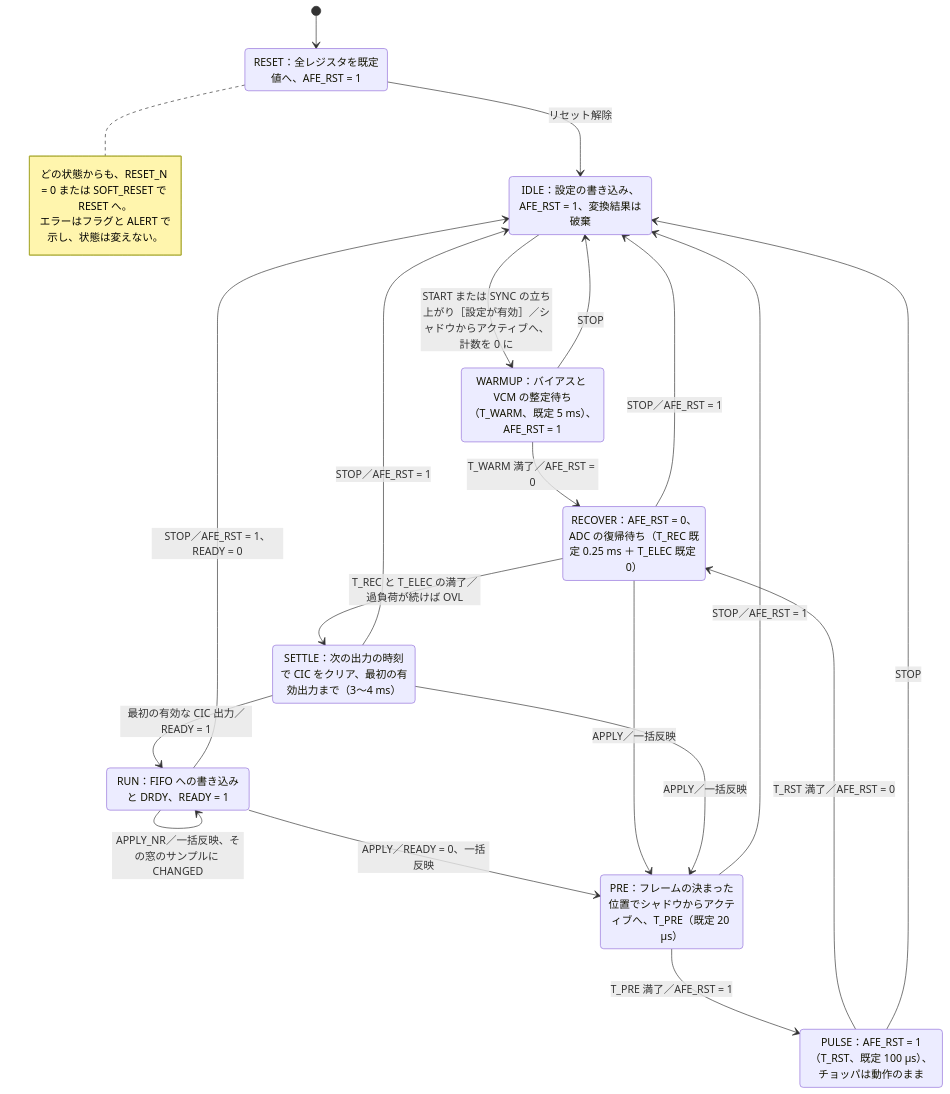
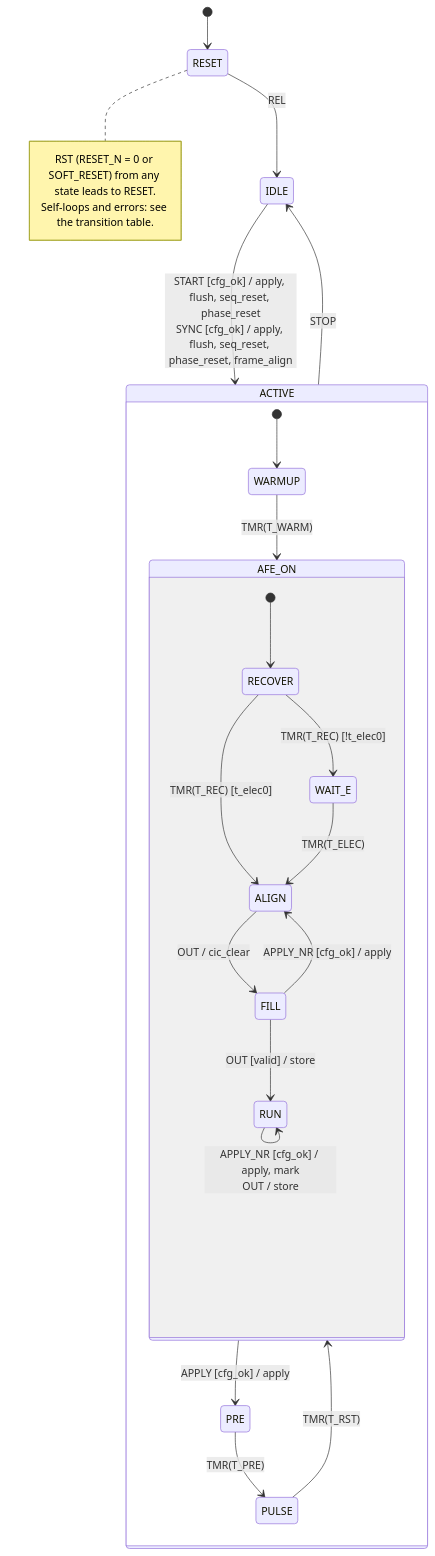
Before and after one commit to Kosei-HATA/First_Tapeout_2026: the first of 2 diagrams in first_tapeout_eeg/documentation/gf180_digital_control_requirements_20261119.md, drawn with Mermaid. The commit also changed other lines of this file and 7 other files, not shown here.

````diff
--- a/first_tapeout_eeg/documentation/gf180_digital_control_requirements_20261119.md
+++ b/first_tapeout_eeg/documentation/gf180_digital_control_requirements_20261119.md
@@ -170,33 +227,39 @@
 ```mermaid
 stateDiagram-v2
-    state "RESET：全レジスタを既定値へ、AFE_RST = 1" as RESET
-    state "IDLE：設定の書き込み、AFE_RST = 1、変換結果は破棄" as IDLE
-    state "WARMUP：バイアスと VCM の整定待ち（T_WARM、既定 5 ms）、AFE_RST = 1" as WARMUP
-    state "RECOVER：AFE_RST = 0、ADC の復帰待ち（T_REC 既定 0.25 ms ＋ T_ELEC 既定 0）" as RECOVER
-    state "SETTLE：次の出力の時刻で CIC をクリア、最初の有効出力まで（3〜4 ms）" as SETTLE
-    state "RUN：FIFO への書き込みと DRDY、READY = 1" as RUN
-    state "PRE：フレームの決まった位置でシャドウからアクティブへ、T_PRE（既定 20 µs）" as PRE
-    state "PULSE：AFE_RST = 1（T_RST、既定 100 µs）、チョッパは動作のまま" as PULSE
+    %% sequencer (generated by gf180/tapeout/rtl/spec/fsm_spec.py; do not edit by hand)
     [*] --> RESET
-    RESET --> IDLE : リセット解除
-    IDLE --> WARMUP : START または SYNC の立ち上がり［設定が有効］／シャドウからアクティブへ、計数を 0 に
-    WARMUP --> RECOVER : T_WARM 満了／AFE_RST = 0
-    RECOVER --> SETTLE : T_REC と T_ELEC の満了／過負荷が続けば OVL
-    SETTLE --> RUN : 最初の有効な CIC 出力／READY = 1
-    RUN --> RUN : APPLY_NR／一括反映、その窓のサンプルに CHANGED
-    RUN --> PRE : APPLY／READY = 0、一括反映
-    RECOVER --> PRE : APPLY／一括反映
-    SETTLE --> PRE : APPLY／一括反映
-    PRE --> PULSE : T_PRE 満了／AFE_RST = 1
-    PULSE --> RECOVER : T_RST 満了／AFE_RST = 0
-    WARMUP --> IDLE : STOP
-    RECOVER --> IDLE : STOP／AFE_RST = 1
-    SETTLE --> IDLE : STOP／AFE_RST = 1
-    RUN --> IDLE : STOP／AFE_RST = 1、READY = 0
-    PRE --> IDLE : STOP／AFE_RST = 1
-    PULSE --> IDLE : STOP
+    RESET
+    IDLE
+    state ACTIVE {
+        [*] --> WARMUP
+        WARMUP
+        PRE
+        PULSE
+        state AFE_ON {
+            [*] --> RECOVER
+            RECOVER
+            WAIT_E
+            ALIGN
+            FILL
+            RUN
+            RECOVER --> ALIGN : TMR(T_REC) [t_elec0]
+            RECOVER --> WAIT_E : TMR(T_REC) [!t_elec0]
+            WAIT_E --> ALIGN : TMR(T_ELEC)
+            ALIGN --> FILL : OUT / cic_clear
+            FILL --> ALIGN : APPLY_NR [cfg_ok] / apply
+            FILL --> RUN : OUT [valid] / store
+            RUN --> RUN : APPLY_NR [cfg_ok] / apply, mark<br/>OUT / store
+        }
+        AFE_ON --> PRE : APPLY [cfg_ok] / apply
+        WARMUP --> AFE_ON : TMR(T_WARM)
+        PRE --> PULSE : TMR(T_PRE)
+        PULSE --> AFE_ON : TMR(T_RST)
+    }
+    ACTIVE --> IDLE : STOP
+    RESET --> IDLE : REL
+    IDLE --> ACTIVE : START [cfg_ok] / apply, flush, seq_reset, phase_reset<br/>SYNC [cfg_ok] / apply, flush, seq_reset, phase_reset, frame_align
     note right of RESET
-        どの状態からも、RESET_N = 0 または SOFT_RESET で RESET へ。
-        エラーはフラグと ALERT で示し、状態は変えない。
+        RST (RESET_N = 0 or SOFT_RESET) from any state leads to RESET.
+        Self-loops and errors: see the transition table.
     end note
 ```
````
